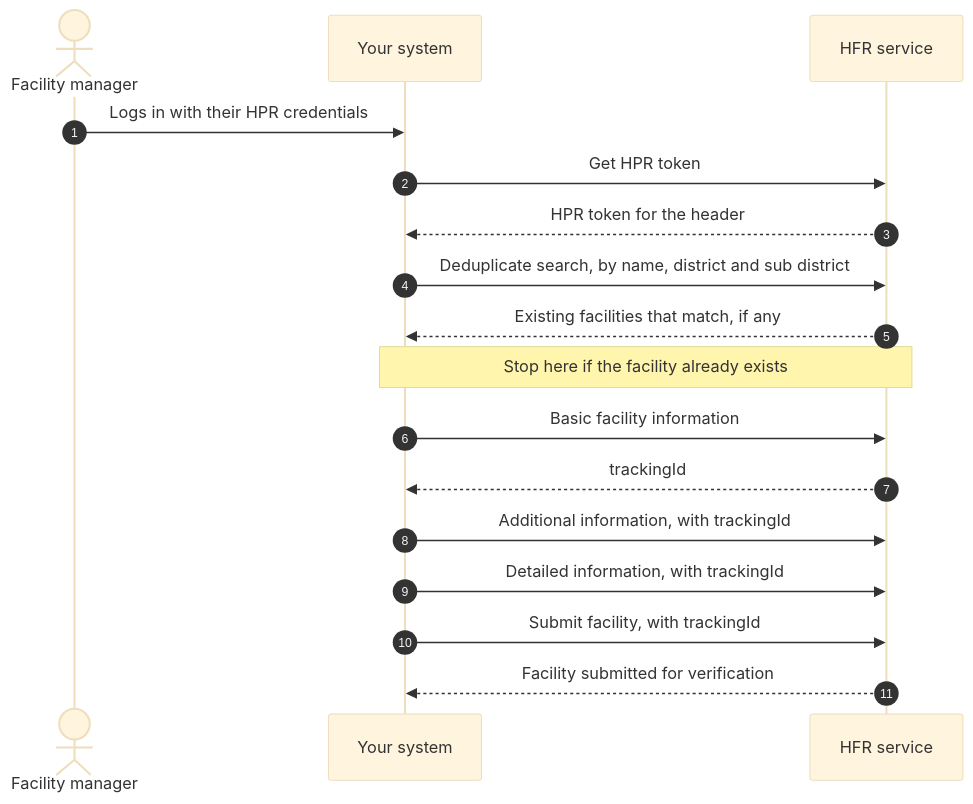
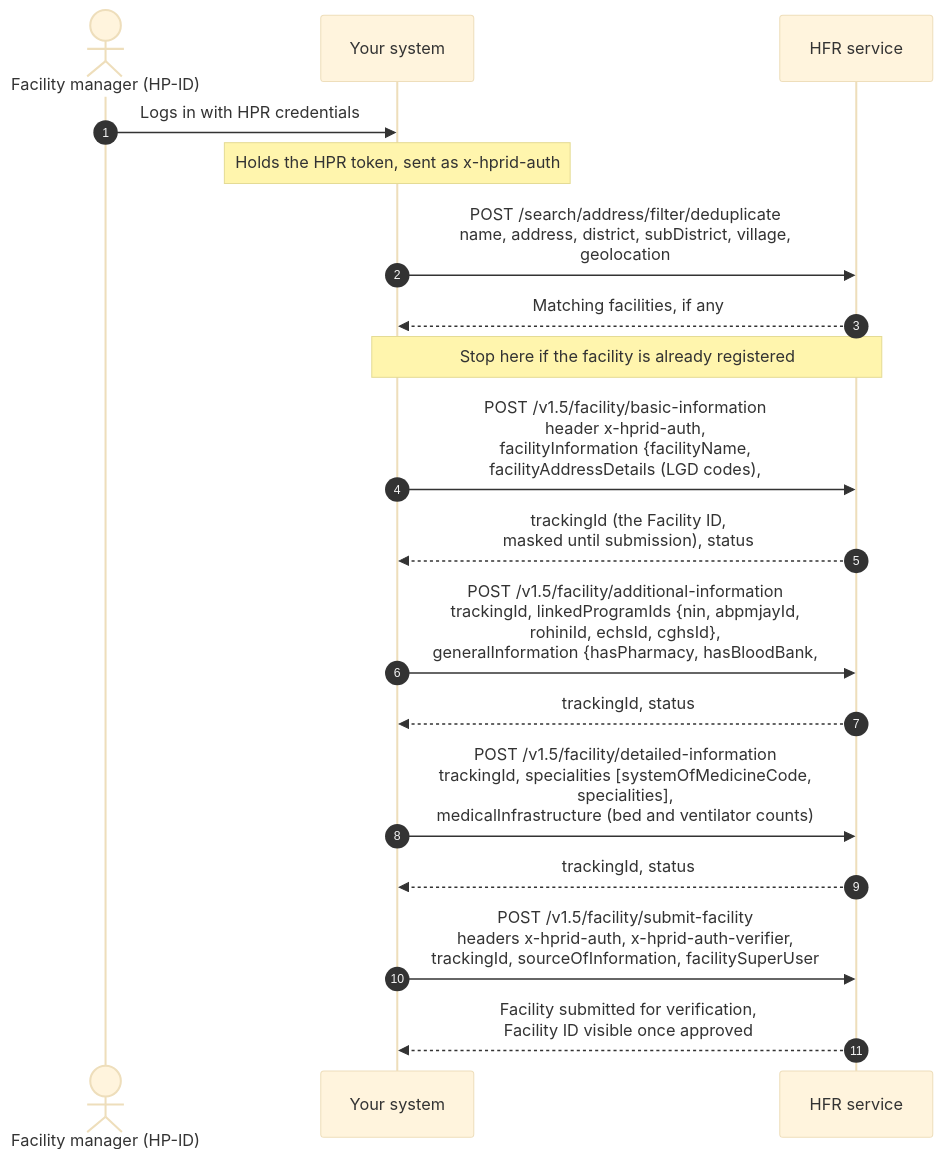
One commit to nha-in/docs changed the fourth of 6 diagrams in site/docs/hiecm/v3/milestones/m4.mdx. Above: the diagram before and after it, drawn with Mermaid (base theme). The commit also changed other lines of this file and 4 other files, not shown here.

````diff
--- a/site/docs/hiecm/v3/milestones/m4.mdx
+++ b/site/docs/hiecm/v3/milestones/m4.mdx
@@ -261,20 +271,20 @@
 ```mermaid
 sequenceDiagram
     autonumber
-    actor M as Facility manager
+    actor M as Facility manager (HP-ID)
     participant S as Your system
     participant H as HFR service
-
-    M->>S: Logs in with their HPR credentials
-    S->>H: Get HPR token
-    H-->>S: HPR token for the header
-    S->>H: Deduplicate search, by name, district and sub district
-    H-->>S: Existing facilities that match, if any
-    Note over S,H: Stop here if the facility already exists
-    S->>H: Basic facility information
-    H-->>S: trackingId
-    S->>H: Additional information, with trackingId
-    S->>H: Detailed information, with trackingId
-    S->>H: Submit facility, with trackingId
-    H-->>S: Facility submitted for verification
+    M->>S: Logs in with HPR credentials
+    Note over S: Holds the HPR token, sent as x-hprid-auth
+    S->>H: POST /search/address/filter/deduplicate<br/>name, address, district, subDistrict, village,<br/>geolocation
+    H-->>S: Matching facilities, if any
+    Note over S,H: Stop here if the facility is already registered
+    S->>H: POST /v1.5/facility/basic-information<br/>header x-hprid-auth,<br/>facilityInformation {facilityName,<br/>facilityAddressDetails (LGD codes),
+    H-->>S: trackingId (the Facility ID,<br/>masked until submission), status
+    S->>H: POST /v1.5/facility/additional-information<br/>trackingId, linkedProgramIds {nin, abpmjayId,<br/>rohiniId, echsId, cghsId},<br/>generalInformation {hasPharmacy, hasBloodBank,
+    H-->>S: trackingId, status
+    S->>H: POST /v1.5/facility/detailed-information<br/>trackingId, specialities [systemOfMedicineCode,<br/>specialities],<br/>medicalInfrastructure (bed and ventilator counts)
+    H-->>S: trackingId, status
+    S->>H: POST /v1.5/facility/submit-facility<br/>headers x-hprid-auth, x-hprid-auth-verifier,<br/>trackingId, sourceOfInformation, facilitySuperUser
+    H-->>S: Facility submitted for verification,<br/>Facility ID visible once approved
 ```
````
